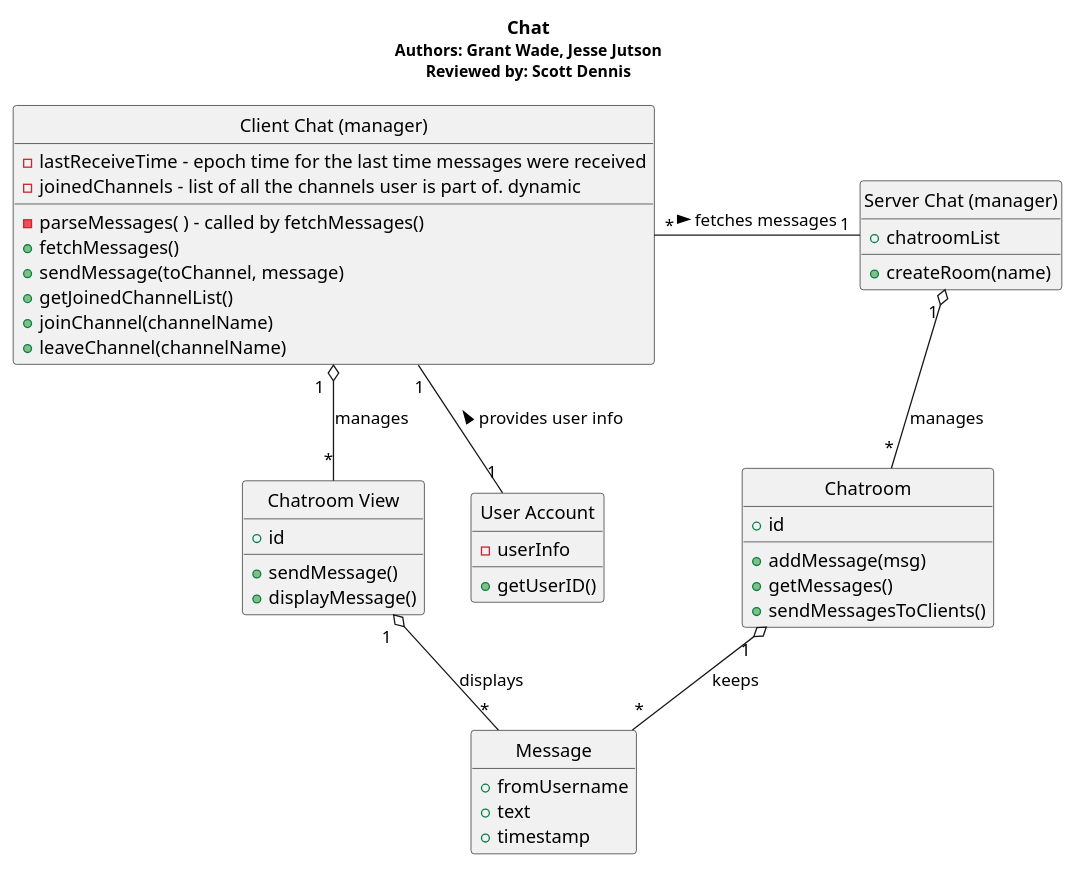
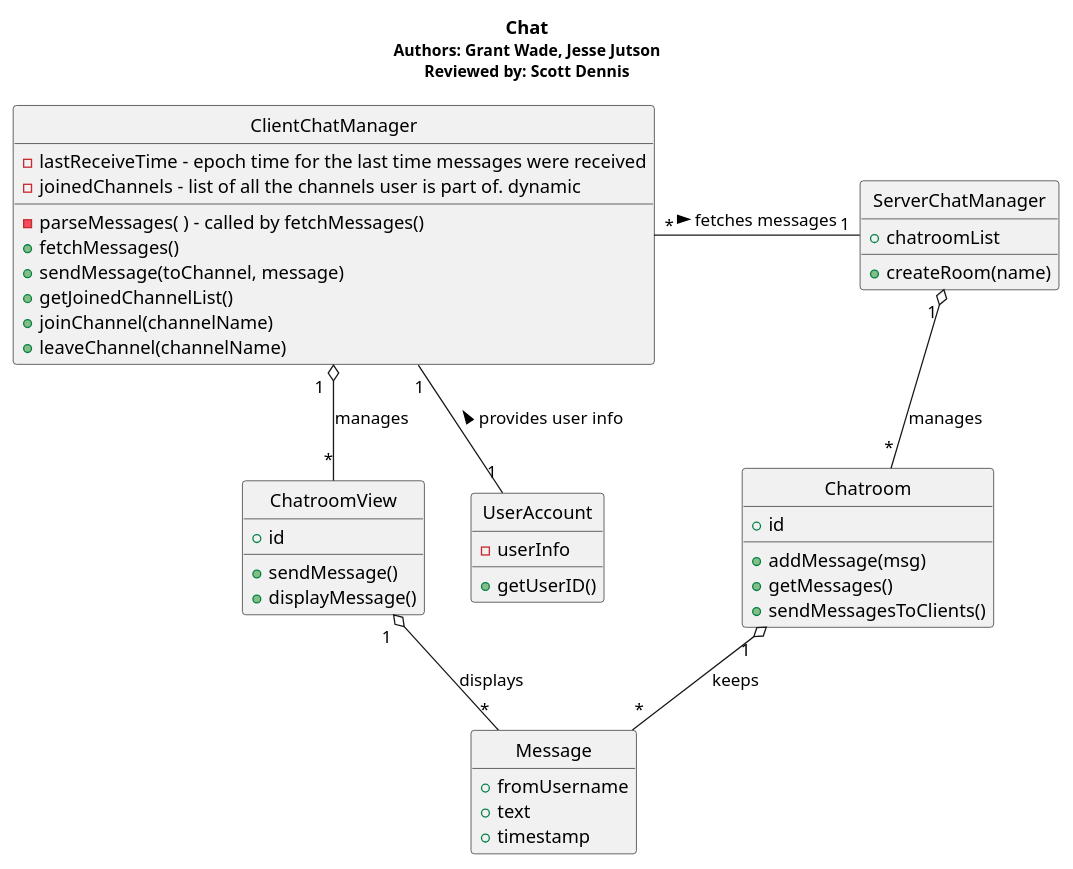
Before and after one commit to voxelv/sQuire_kw: the diagram in hw3/Chat/fullChat.pu, drawn with PlantUML.

Commit message:
Changed names to be more class-like and to agree with UserAccount class nam,e

```diff
--- a/hw3/Chat/fullChat.pu
+++ b/hw3/Chat/fullChat.pu
@@ -1,74 +1,74 @@
 @startuml
 hide circle
 hide empty members
 
 Title <b>Chat</b>\n<size:12>Authors: Grant Wade, Jesse Jutson\n<size:12>Reviewed by: Scott Dennis
 
 
-class "Server Chat (manager)" as chat{
+class "ServerChatManager" as chat{
 	+chatroomList
 	+createRoom(name)
 
 }
 
 class "Chatroom" as chatroom{
 	+id
 	+addMessage(msg)
 	+getMessages()
 	+sendMessagesToClients()
 }
 
 /'
 class "Chat Message" as chatMsg{
 	+fromUsername
 	+text
 	+timestamp
 }
 '/
 
 
-class "Client Chat (manager)" as clientChat{
+class "ClientChatManager" as clientChat{
 	-lastReceiveTime - epoch time for the last time messages were received
 	-joinedChannels - list of all the channels user is part of. dynamic
 
 	-parseMessages( ) - called by fetchMessages()
 	+fetchMessages()
 	+sendMessage(toChannel, message)
 	+getJoinedChannelList()
 	+joinChannel(channelName)
 	+leaveChannel(channelName)
 }
 
-class "Chatroom View" as clientChatroom{
+class "ChatroomView" as clientChatroom{
 	+id
 	+sendMessage()
 	+displayMessage()
 }
 
 
 class "Message" as msg{
 '	+fromID
 	+fromUsername
 	+text
 	+timestamp
 }
 
 
-class "User Account" as userAccount{
+class "UserAccount" as userAccount{
 	-userInfo
 	+getUserID()
 }
 
 
 chat "1 " o-- "*" chatroom : manages
 chatroom "1 " o-- "*" msg : keeps
 
 clientChat "1  " o-- "*" clientChatroom : manages
 userAccount "1" -up- "1" clientChat : provides user info >
 clientChatroom "1  " o-- "*" msg : displays
 
 'projectChat -r-|> clientChatroom
 
 clientChat "*" -r- "1" chat : fetches messages >
 
 @enduml
```
